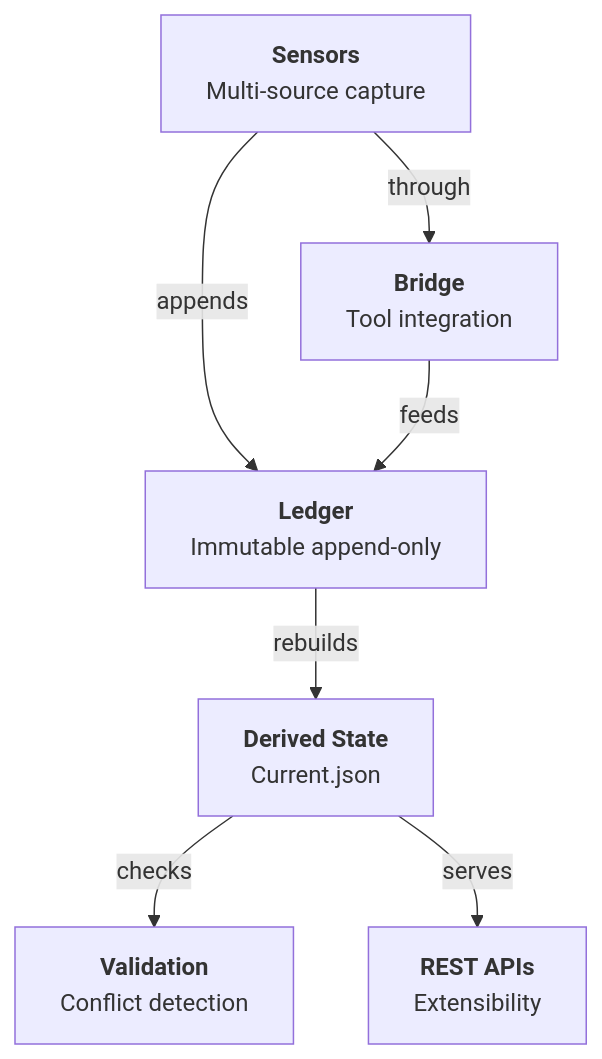
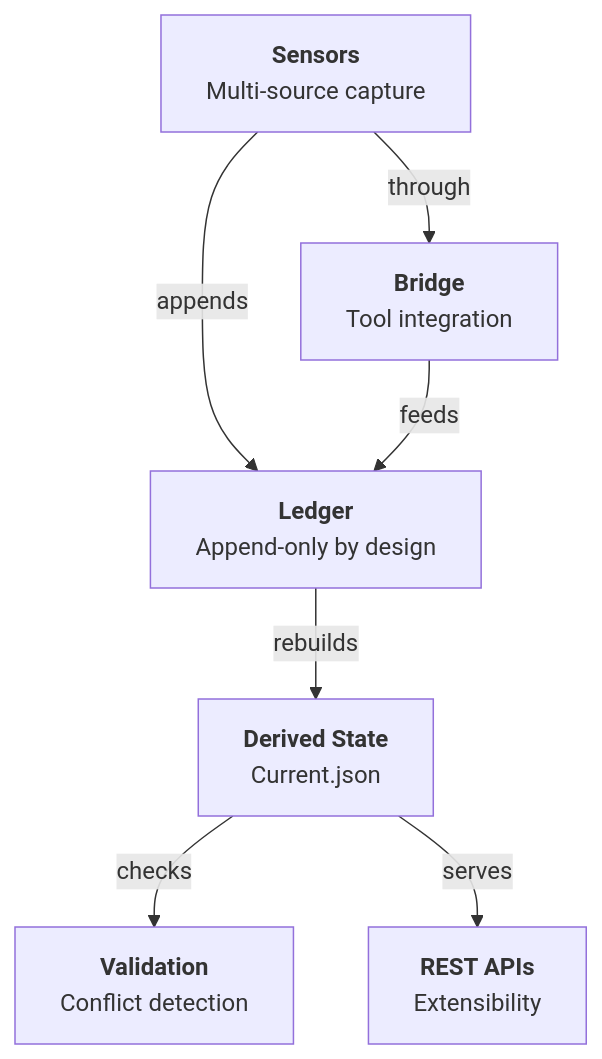
One commit to S0tman/irp-capture changed the diagram in book/ch1-architecture.md. Above: the diagram before and after it, drawn with Mermaid. The commit also changed other lines of this file and 5 other files, not shown here.

````diff
--- a/book/ch1-architecture.md
+++ b/book/ch1-architecture.md
@@ -133,16 +133,16 @@
 ```mermaid
 graph TB
-    L["<b>Ledger</b><br/>Immutable append-only"]
+    L["<b>Ledger</b><br/>Append-only by design"]
     S["<b>Sensors</b><br/>Multi-source capture"]
     DS["<b>Derived State</b><br/>Current.json"]
     V["<b>Validation</b><br/>Conflict detection"]
     R["<b>REST APIs</b><br/>Extensibility"]
     B["<b>Bridge</b><br/>Tool integration"]
     
     S -->|appends| L
     L -->|rebuilds| DS
     DS -->|checks| V
     DS -->|serves| R
     S -->|through| B
     B -->|feeds| L
 ```
````
